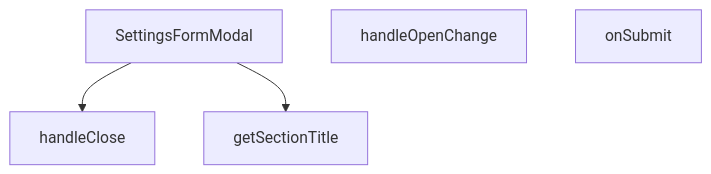
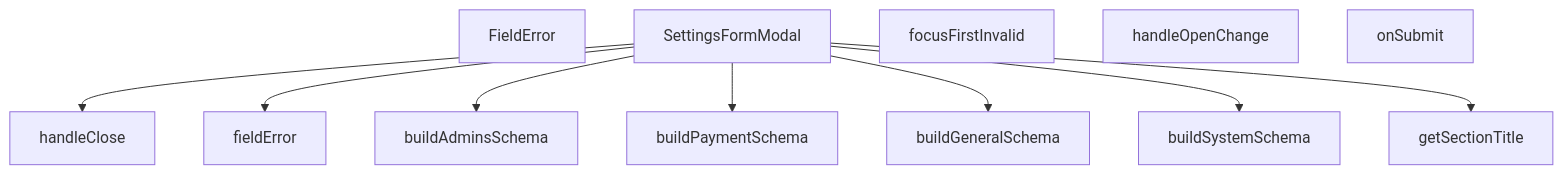
Before and after one commit to peckop/venthub-hvac-esite: the diagram in src/components/admin/settings/SettingsFormModal.md, drawn with Mermaid. The commit also changed other lines of this file and 169 other files, not shown here.

````diff
--- a/src/components/admin/settings/SettingsFormModal.md
+++ b/src/components/admin/settings/SettingsFormModal.md
@@ -143,10 +237,22 @@
 ```mermaid
 graph TD
+    SettingsFormModal_tsx__FieldError["FieldError"]
     SettingsFormModal_tsx__SettingsFormModal["SettingsFormModal"]
+    SettingsFormModal_tsx__buildAdminsSchema["buildAdminsSchema"]
+    SettingsFormModal_tsx__buildGeneralSchema["buildGeneralSchema"]
+    SettingsFormModal_tsx__buildPaymentSchema["buildPaymentSchema"]
+    SettingsFormModal_tsx__buildSystemSchema["buildSystemSchema"]
+    SettingsFormModal_tsx__fieldError["fieldError"]
+    SettingsFormModal_tsx__focusFirstInvalid["focusFirstInvalid"]
     SettingsFormModal_tsx__getSectionTitle["getSectionTitle"]
     SettingsFormModal_tsx__handleClose["handleClose"]
     SettingsFormModal_tsx__handleOpenChange["handleOpenChange"]
     SettingsFormModal_tsx__onSubmit["onSubmit"]
     SettingsFormModal_tsx__SettingsFormModal --> SettingsFormModal_tsx__handleClose
+    SettingsFormModal_tsx__SettingsFormModal --> SettingsFormModal_tsx__fieldError
+    SettingsFormModal_tsx__SettingsFormModal --> SettingsFormModal_tsx__buildAdminsSchema
+    SettingsFormModal_tsx__SettingsFormModal --> SettingsFormModal_tsx__buildPaymentSchema
+    SettingsFormModal_tsx__SettingsFormModal --> SettingsFormModal_tsx__buildGeneralSchema
+    SettingsFormModal_tsx__SettingsFormModal --> SettingsFormModal_tsx__buildSystemSchema
     SettingsFormModal_tsx__SettingsFormModal --> SettingsFormModal_tsx__getSectionTitle
 ```
````
